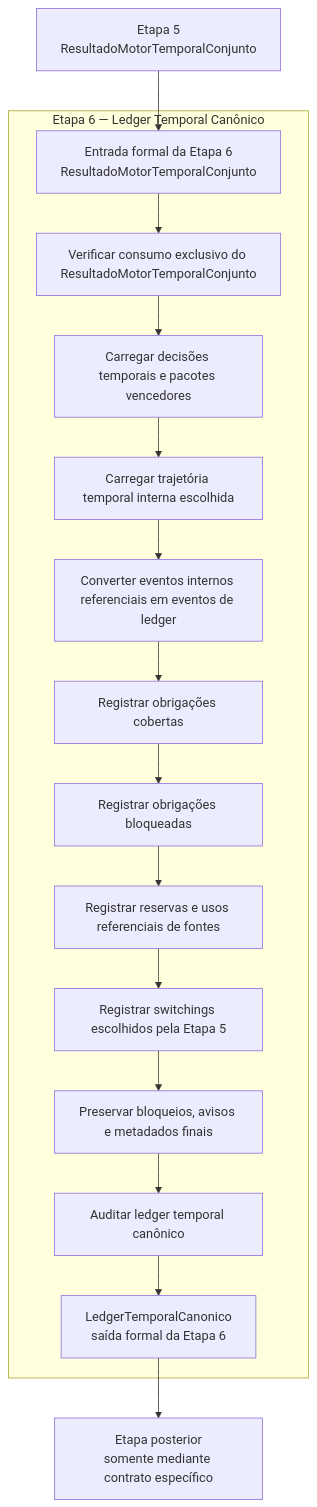
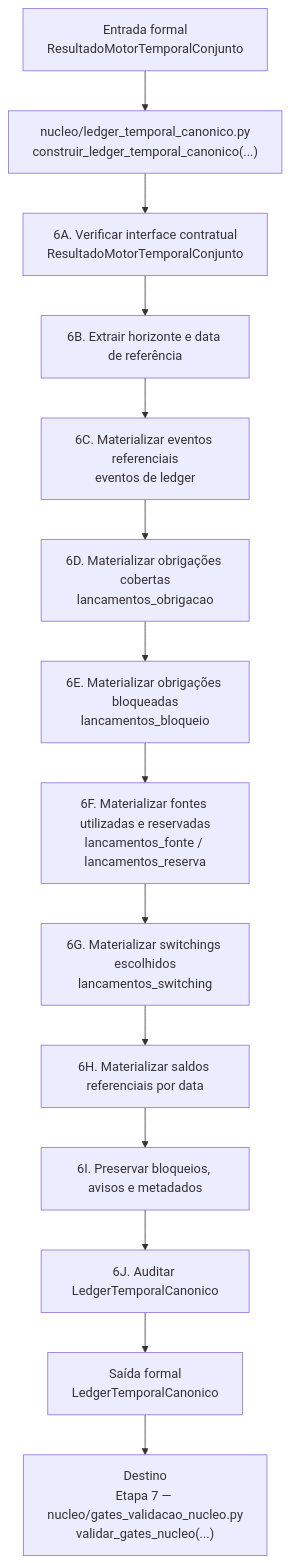
The diagram in relatorios/principais/contratos_individuais/CONTRATO_ETAPA6_LEDGER_TEMPORAL_CANONICO.md (WevertonGomesCosta/payment-investment-allocation), drawn with Mermaid before and after one commit. The commit also changed other lines of this file, not shown here.

Commit message:
MACRO-CONTRATOS-01: ajusta contrato da etapa 6

````diff
--- a/relatorios/principais/contratos_individuais/CONTRATO_ETAPA6_LEDGER_TEMPORAL_CANONICO.md
+++ b/relatorios/principais/contratos_individuais/CONTRATO_ETAPA6_LEDGER_TEMPORAL_CANONICO.md
@@ -394,20 +186,17 @@
 ```mermaid
 flowchart TD
-    E5[Etapa 5<br/>ResultadoMotorTemporalConjunto] --> IN[Entrada formal da Etapa 6<br/>ResultadoMotorTemporalConjunto]
+    IN["Entrada formal<br/>ResultadoMotorTemporalConjunto"] --> ORQ["nucleo/ledger_temporal_canonico.py<br/>construir_ledger_temporal_canonico(...)"]
 
-    subgraph E6[Etapa 6 — Ledger Temporal Canônico]
-        IN --> A[Verificar consumo exclusivo do ResultadoMotorTemporalConjunto]
-        A --> B[Carregar decisões temporais e pacotes vencedores]
-        B --> C[Carregar trajetória temporal interna escolhida]
-        C --> D[Converter eventos internos referenciais em eventos de ledger]
-        D --> E[Registrar obrigações cobertas]
-        E --> F[Registrar obrigações bloqueadas]
-        F --> G[Registrar reservas e usos referenciais de fontes]
-        G --> H[Registrar switchings escolhidos pela Etapa 5]
-        H --> I[Preservar bloqueios, avisos e metadados finais]
-        I --> J[Auditar ledger temporal canônico]
-        J --> OUT[LedgerTemporalCanonico<br/>saída formal da Etapa 6]
-    end
-
-    OUT --> EP[Etapa posterior<br/>somente mediante contrato específico]
+    ORQ --> A["6A. Verificar interface contratual<br/>ResultadoMotorTemporalConjunto"]
+    A --> B["6B. Extrair horizonte e data de referência"]
+    B --> C["6C. Materializar eventos referenciais<br/>eventos de ledger"]
+    C --> D["6D. Materializar obrigações cobertas<br/>lancamentos_obrigacao"]
+    D --> E["6E. Materializar obrigações bloqueadas<br/>lancamentos_bloqueio"]
+    E --> F["6F. Materializar fontes utilizadas e reservadas<br/>lancamentos_fonte / lancamentos_reserva"]
+    F --> G["6G. Materializar switchings escolhidos<br/>lancamentos_switching"]
+    G --> H["6H. Materializar saldos referenciais por data"]
+    H --> I["6I. Preservar bloqueios, avisos e metadados"]
+    I --> J["6J. Auditar LedgerTemporalCanonico"]
+    J --> OUT["Saída formal<br/>LedgerTemporalCanonico"]
+    OUT --> E7["Destino<br/>Etapa 7 — nucleo/gates_validacao_nucleo.py<br/>validar_gates_nucleo(...)"]
 ```
````
